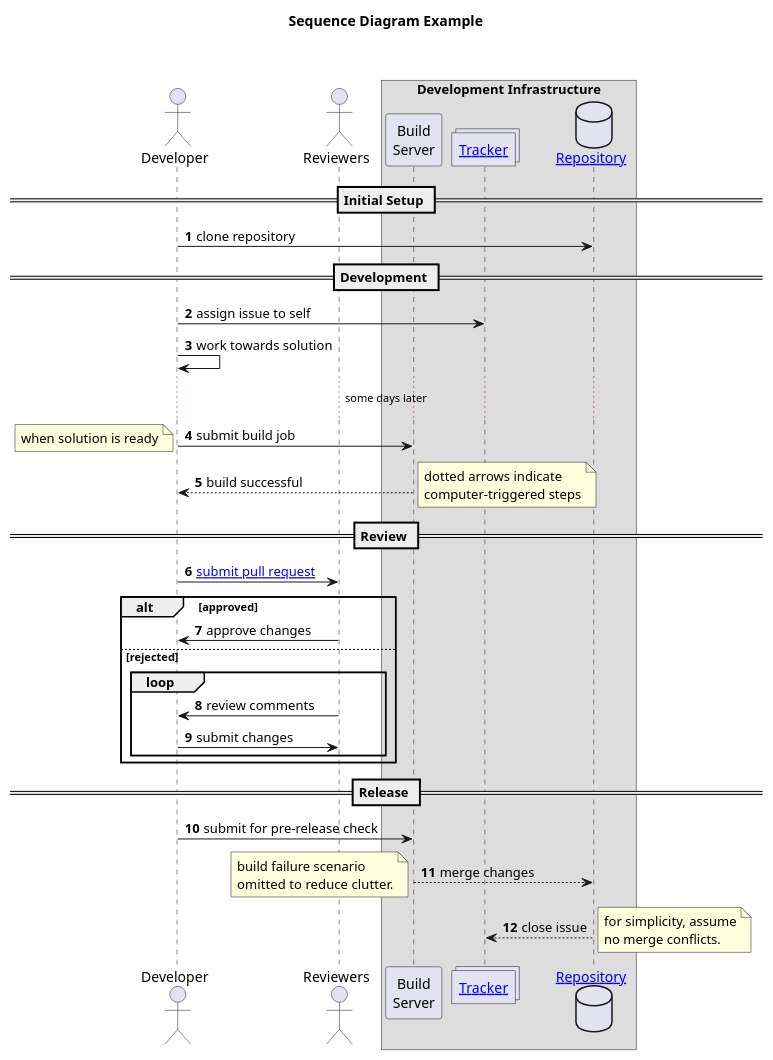
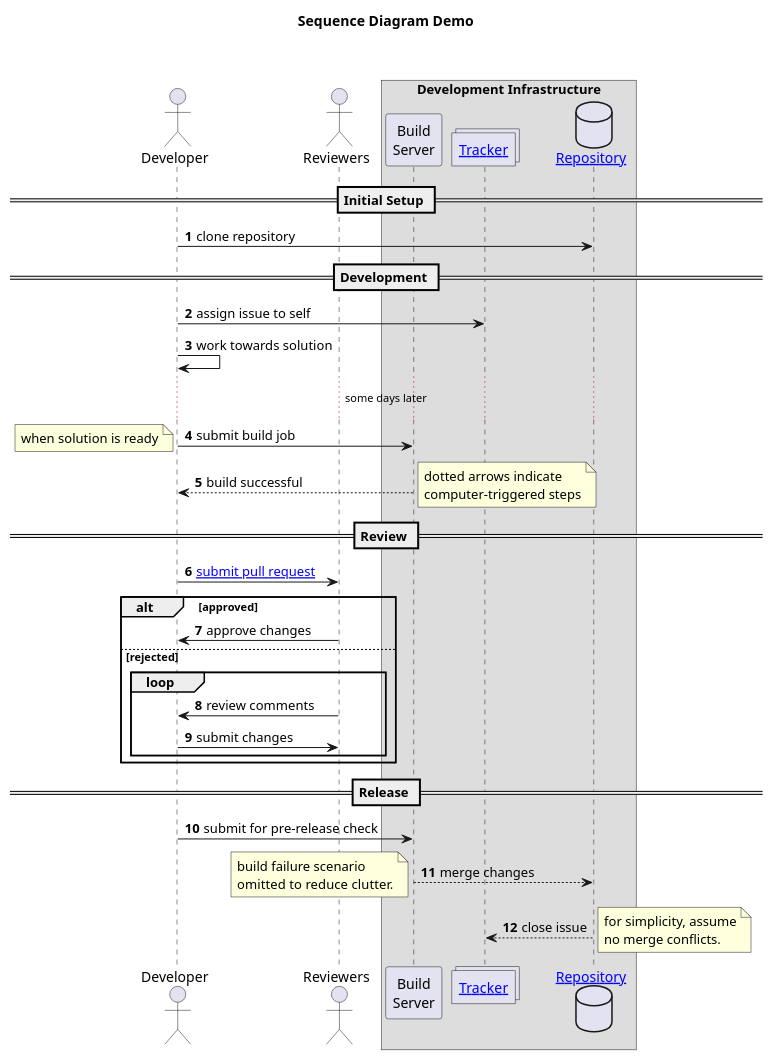
The second of 12 diagrams in plantuml_demo.md (dragondive/plantuml_demo), drawn with PlantUML before and after one commit. The commit also changed other lines of this file, not shown here.

Commit message:
sequence diagram fix 2

````diff
--- a/plantuml_demo.md
+++ b/plantuml_demo.md
@@ -83,49 +83,49 @@
 ```plantuml
 @startuml
-title **Sequence Diagram Example**\n\n
+title **Sequence Diagram Demo**\n\n
 
 actor Developer as Dev
 actor Reviewers
 
 box Development Infrastructure
     participant "Build\nServer" as Build
     collections "[[https://github.com/dragondive/hebi/issues Tracker]]" as Tracker
     database "[[https://github.com/dragondive/hebi Repository]]" as Repository
 end box
 
 autonumber
 == Initial Setup ==
 Dev -> Repository : clone repository
 
 == Development ==
 Dev -> Tracker : assign issue to self
 Dev -> Dev : work towards solution
 
 ... some days later ...
 
 Dev -> Build : submit build job
 note left: when solution is ready
 
 Build --> Dev : build successful
 note right: dotted arrows indicate\ncomputer-triggered steps
 
 == Review ==
 Dev ->  Reviewers : [[https://github.com/dragondive/hebi/compare submit pull request]]
 alt approved
     Reviewers -> Dev : approve changes
 else rejected
     loop
         Dev <- Reviewers : review comments
         Dev -> Reviewers : submit changes
     end loop
 end alt
 
 == Release ==
 Dev -> Build : submit for pre-release check
 Build --> Repository : merge changes
 note left: build failure scenario\nomitted to reduce clutter.
 
 Repository --> Tracker : close issue
 note right: for simplicity, assume\nno merge conflicts.
 @enduml
 ```
````
